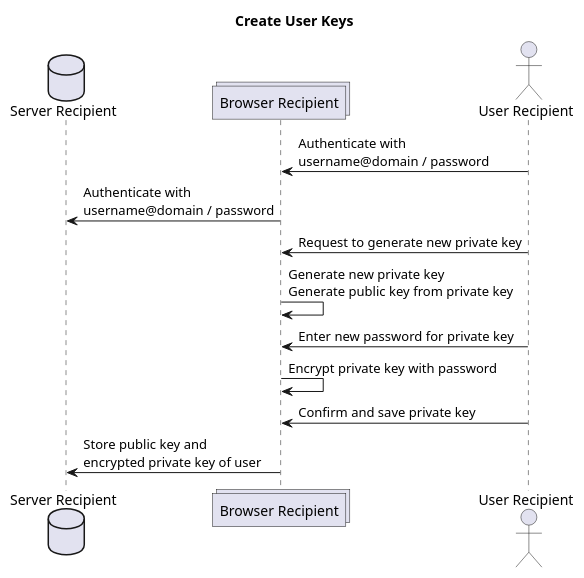
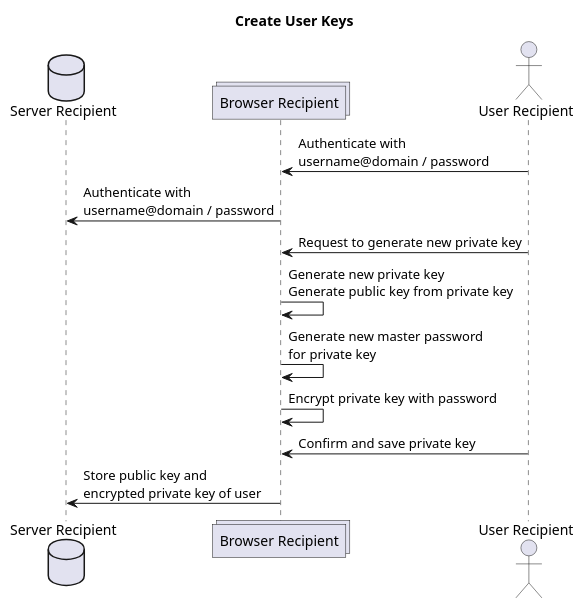
Before and after one commit to BananaTransfer/BananaTransfer: the diagram in documents/umls/create_keys.puml, drawn with PlantUML.

```diff
--- a/documents/umls/create_keys.puml
+++ b/documents/umls/create_keys.puml
@@ -1,17 +1,17 @@
 @startuml
 title Create User Keys
 
 database "Server Recipient" as srvr
 collections "Browser Recipient" as brwr
 actor "User Recipient" as usrr
 
 usrr -> brwr: Authenticate with \nusername@domain / password
 brwr -> srvr: Authenticate with \nusername@domain / password
 usrr -> brwr: Request to generate new private key
 brwr -> brwr: Generate new private key \nGenerate public key from private key
-usrr -> brwr: Enter new password for private key
+brwr -> brwr: Generate new master password \nfor private key
 brwr -> brwr: Encrypt private key with password
 usrr -> brwr: Confirm and save private key
 brwr -> srvr: Store public key and \nencrypted private key of user
 
 @enduml
```
